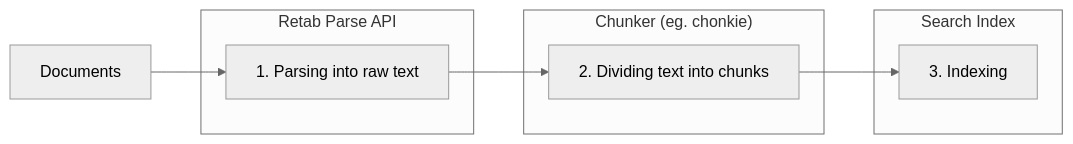
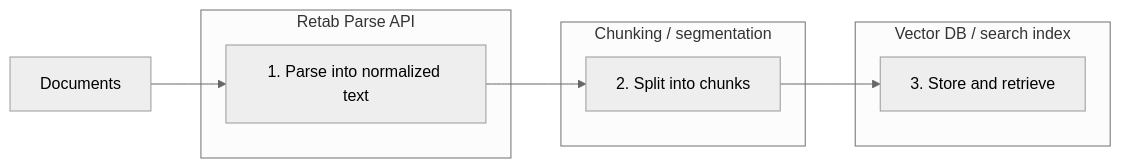
The diagram in core-concepts/Parse.mdx (retab-dev/docs), drawn with Mermaid (neutral theme) before and after one commit. The commit also changed other lines of this file and 27 other files, not shown here.

````diff
--- a/core-concepts/Parse.mdx
+++ b/core-concepts/Parse.mdx
@@ -19,21 +18,20 @@
 ```mermaid
 flowchart LR
     A[Documents] --> B
-    
+
     subgraph Retab["Retab Parse API"]
-    B[1. Parsing into raw text]
-        
+        B[1. Parse into normalized text]
     end
-    
+
     B --> C
-    
-    subgraph Chonker["Chunker (eg. chonkie)"]
-        C[2. Dividing text into chunks]
+
+    subgraph Chunker["Chunking / segmentation"]
+        C[2. Split into chunks]
     end
-    
+
     C --> D
 
-    subgraph Vector Database["Search Index"]
-        D[3. Indexing ]
+    subgraph Index["Vector DB / search index"]
+        D[3. Store and retrieve]
     end
 ```
````
